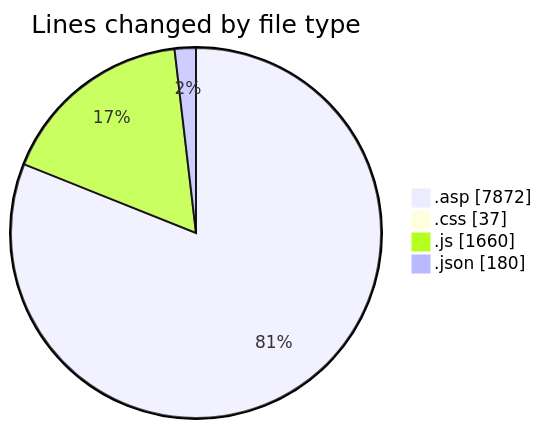
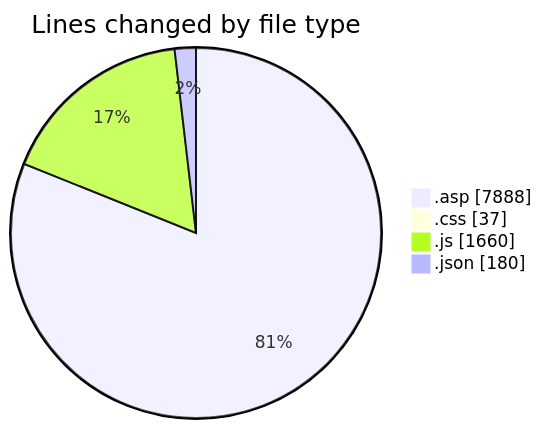
One commit to julien-gomy/code-tracking changed the first of 2 diagrams in 2025-11-02/cdp_aleoudev_fr__workspace_/README.md. Above: the diagram before and after it, drawn with Mermaid. The commit also changed other lines of this file and 1 other file, not shown here.

````diff
--- a/2025-11-02/cdp_aleoudev_fr__workspace_/README.md
+++ b/2025-11-02/cdp_aleoudev_fr__workspace_/README.md
@@ -28,8 +28,8 @@
 ```mermaid
 pie showData
 title Lines changed by file type
-".asp" : 7872
+".asp" : 7888
 ".css" : 37
 ".js" : 1660
 ".json" : 180
 ```
````
